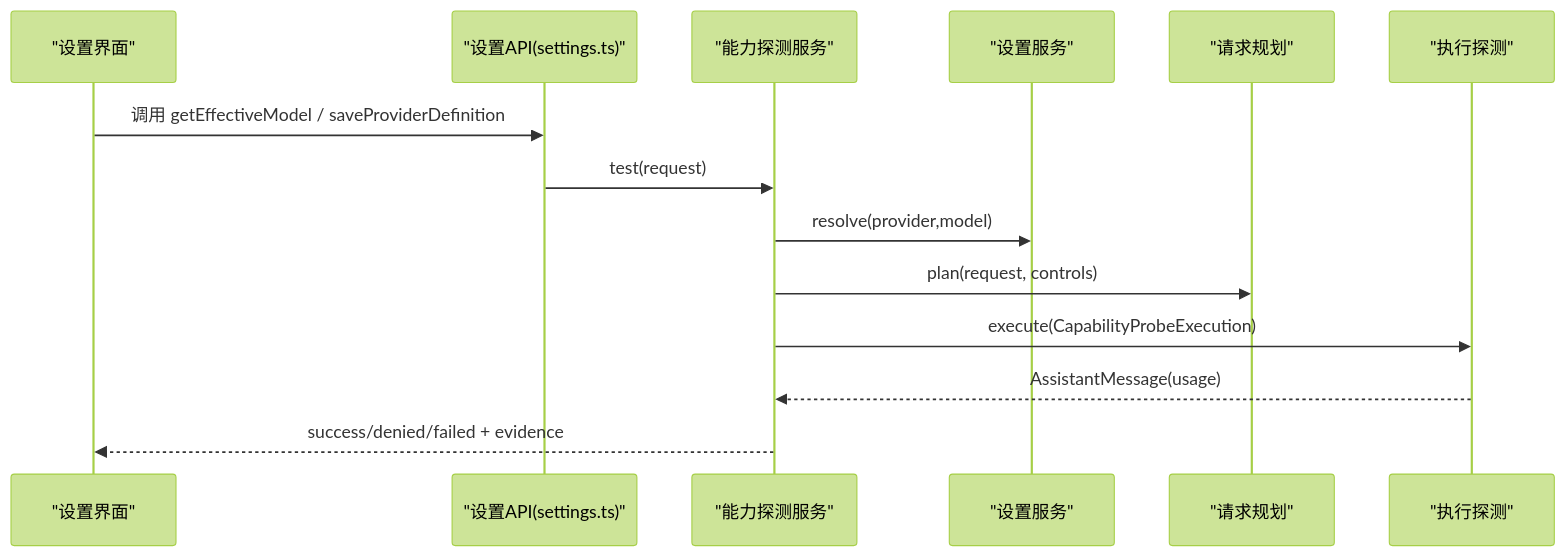
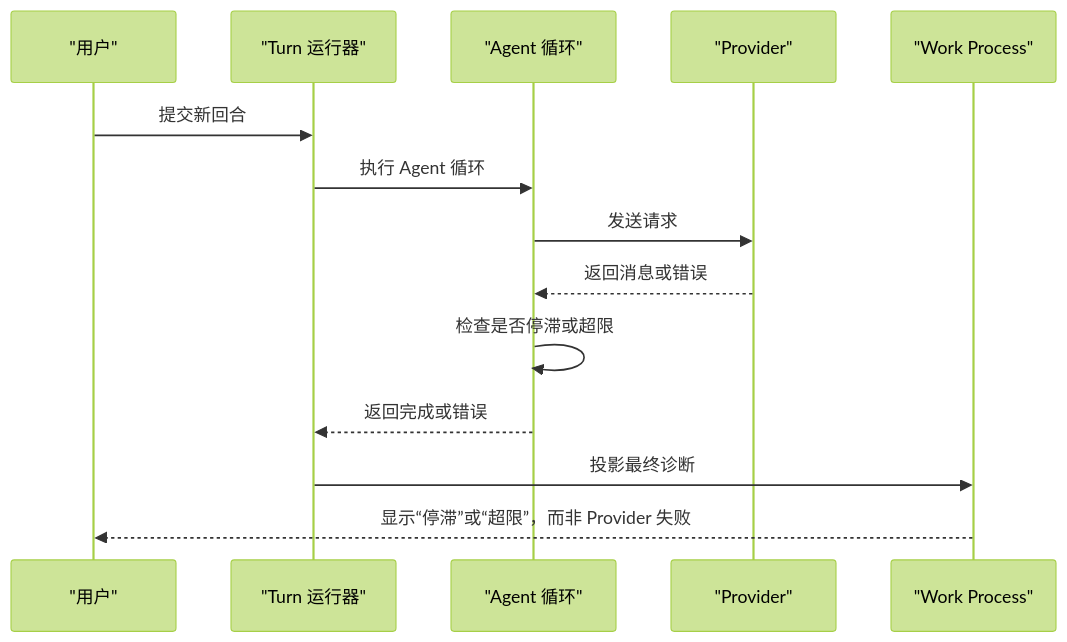
One commit to haolange/RDC-Agent changed the fifth of 6 diagrams in .qoder/repowiki/zh/content/故障排除.md. Above: the diagram before and after it, drawn with Mermaid (forest theme). The commit also changed other lines of this file and 356 other files, not shown here.

````diff
--- a/.qoder/repowiki/zh/content/故障排除.md
+++ b/.qoder/repowiki/zh/content/故障排除.md
@@ -338,16 +275,17 @@
 ```mermaid
 sequenceDiagram
-participant UI as "设置界面"
-participant API as "设置API(settings.ts)"
-participant PC as "能力探测服务"
-participant SET as "设置服务"
-participant PLAN as "请求规划"
-participant EXEC as "执行探测"
-UI->>API : 调用 getEffectiveModel / saveProviderDefinition
-API->>PC : test(request)
-PC->>SET : resolve(provider,model)
-PC->>PLAN : plan(request, controls)
-PC->>EXEC : execute(CapabilityProbeExecution)
-EXEC-->>PC : AssistantMessage(usage)
-PC-->>UI : success/denied/failed + evidence
+  participant U as "用户"
+  participant T as "Turn 运行器"
+  participant A as "Agent 循环"
+  participant P as "Provider"
+  participant W as "Work Process"
+
+  U->>T: 提交新回合
+  T->>A: 执行 Agent 循环
+  A->>P: 发送请求
+  P-->>A: 返回消息或错误
+  A->>A: 检查是否停滞或超限
+  A-->>T: 返回完成或错误
+  T->>W: 投影最终诊断
+  W-->>U: 显示“停滞”或“超限”，而非 Provider 失败
 ```
````
